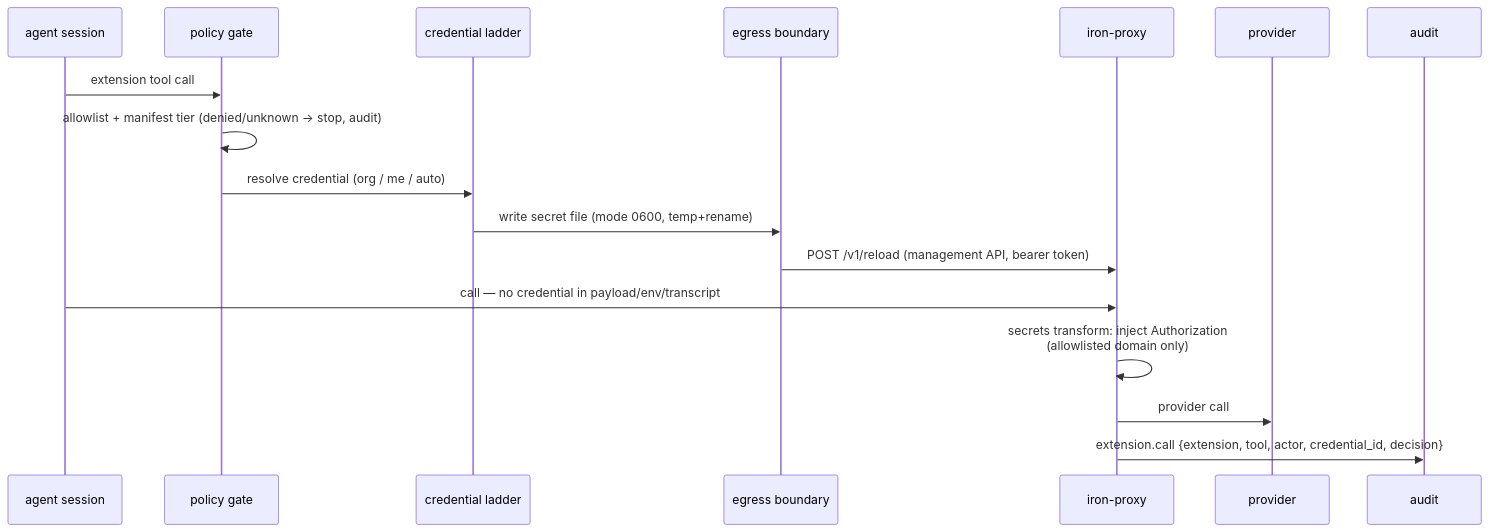
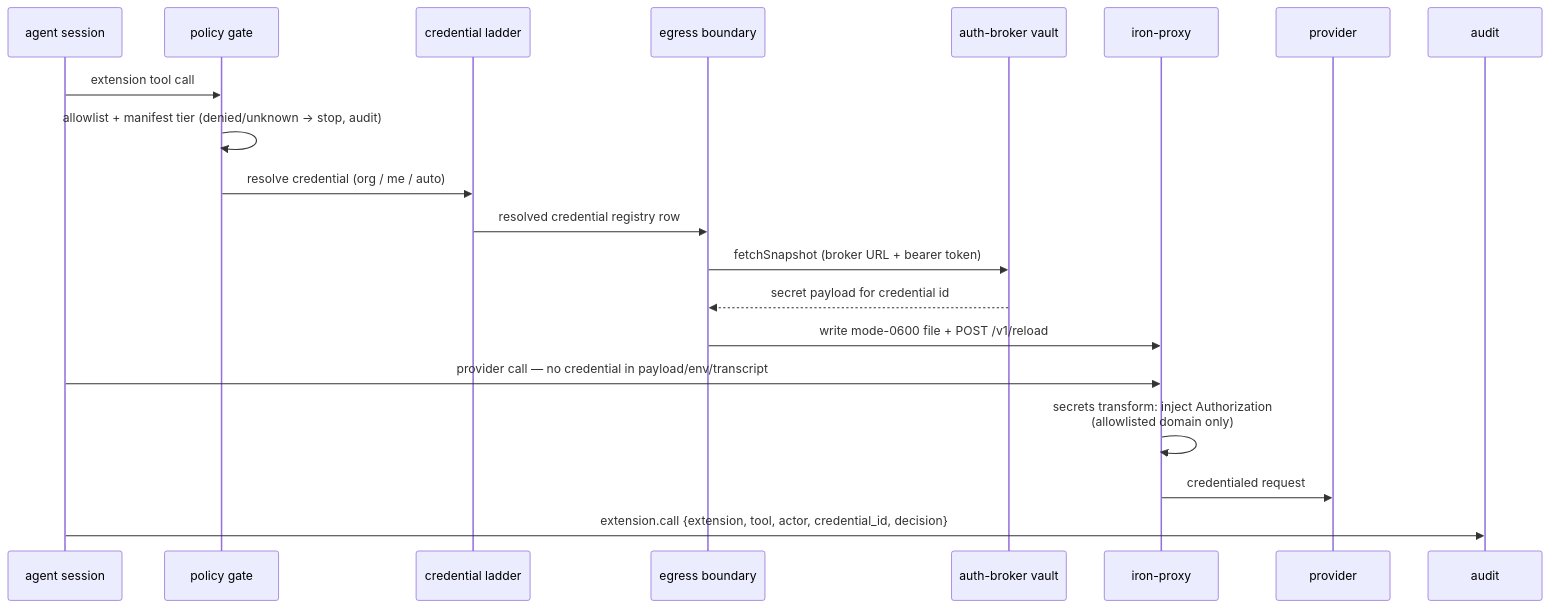
One commit to serrrfirat/bottega changed the seventh of 10 diagrams in architecture.md. Above: the diagram before and after it, drawn with Mermaid. The commit also changed other lines of this file, not shown here.

First line of the commit message:
docs(architecture): documented KB, proactive onboarding, responsiveness, credential resolution, dev launcher topology, testing infra

````diff
--- a/architecture.md
+++ b/architecture.md
@@ -345,19 +421,22 @@
 ```mermaid
 sequenceDiagram
     participant A as agent session
     participant P as policy gate
     participant C as credential ladder
     participant B as egress boundary
+    participant K as auth-broker vault
     participant X as iron-proxy
     participant V as provider
     participant U as audit
     A->>P: extension tool call
     P->>P: allowlist + manifest tier (denied/unknown → stop, audit)
     P->>C: resolve credential (org / me / auto)
-    C->>B: write secret file (mode 0600, temp+rename)
-    B->>X: POST /v1/reload (management API, bearer token)
-    A->>X: call — no credential in payload/env/transcript
+    C->>B: resolved credential registry row
+    B->>K: fetchSnapshot (broker URL + bearer token)
+    K-->>B: secret payload for credential id
+    B->>X: write mode-0600 file + POST /v1/reload
+    A->>X: provider call — no credential in payload/env/transcript
     X->>X: secrets transform: inject Authorization<br/>(allowlisted domain only)
-    X->>V: provider call
-    X->>U: extension.call {extension, tool, actor, credential_id, decision}
+    X->>V: credentialed request
+    A->>U: extension.call {extension, tool, actor, credential_id, decision}
 ```
````
